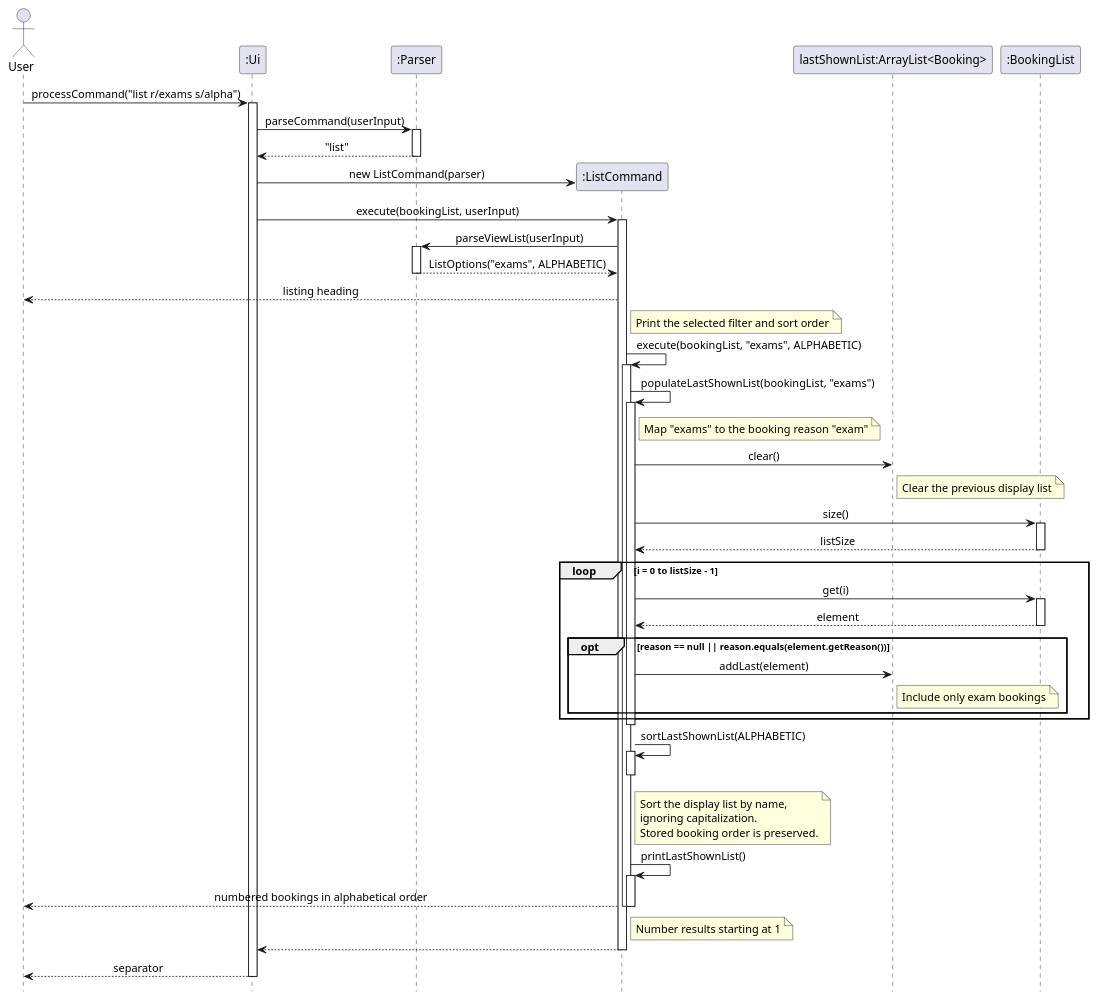
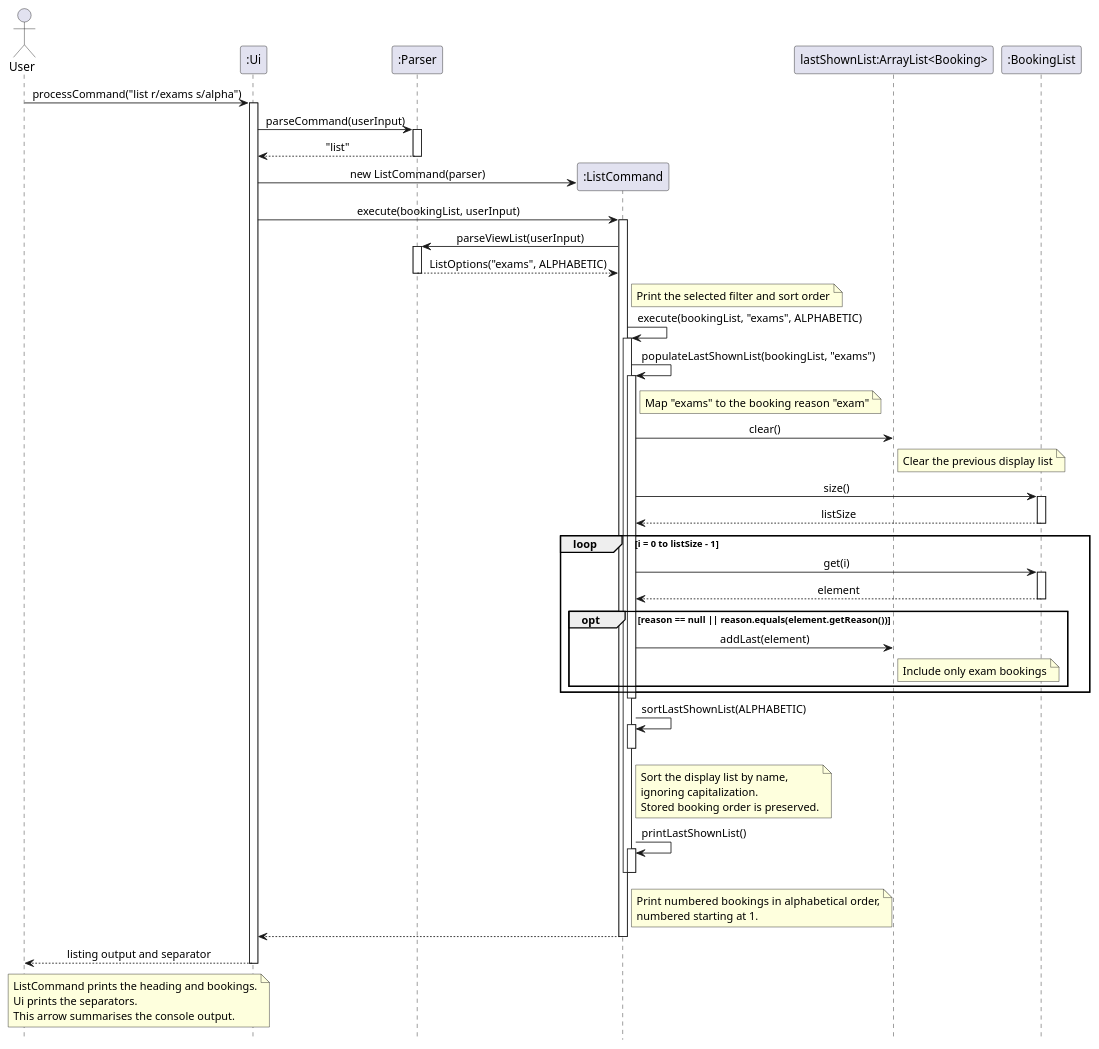
One commit to AY2627S1-CS2113-W14-2/tp changed the diagram in docs/UMLDiagrams/ListCommandSequenceDiagram.puml. Above: the diagram before and after it, drawn with PlantUML. The commit also changed 8 other files, not shown here.

Commit message:
Updated DG diagrams for free and list commands, updated PPP

```diff
--- a/docs/UMLDiagrams/ListCommandSequenceDiagram.puml
+++ b/docs/UMLDiagrams/ListCommandSequenceDiagram.puml
@@ -1,91 +1,97 @@
 @startuml
 skinparam sequenceMessageAlign center
 hide footbox
 
 actor User
 participant ":Ui" as UI
 participant ":Parser" as Parser
 
 User -> UI: processCommand("list r/exams s/alpha")
 activate UI
 
 UI -> Parser: parseCommand(userInput)
 activate Parser
 Parser --> UI: "list"
 deactivate Parser
 
 create participant ":ListCommand" as List
 UI -> List: new ListCommand(parser)
 
 participant "lastShownList:ArrayList<Booking>" as Shown
 participant ":BookingList" as Bookings
 
 UI -> List: execute(bookingList, userInput)
 activate List
 
 List -> Parser: parseViewList(userInput)
 activate Parser
 Parser --> List: ListOptions("exams", ALPHABETIC)
 deactivate Parser
 
-List --> User: listing heading
 note right of List: Print the selected filter and sort order
 
 List -> List: execute(bookingList, "exams", ALPHABETIC)
 activate List
 
 List -> List: populateLastShownList(bookingList, "exams")
 activate List
 
 note right of List : Map "exams" to the booking reason "exam"
 
 List -> Shown: clear()
 note right of Shown: Clear the previous display list
 
 List -> Bookings: size()
 activate Bookings
 Bookings --> List: listSize
 deactivate Bookings
 
 loop i = 0 to listSize - 1
     List -> Bookings: get(i)
     activate Bookings
     Bookings --> List: element
     deactivate Bookings
 
     opt reason == null || reason.equals(element.getReason())
         List -> Shown: addLast(element)
         note right of Shown: Include only exam bookings
     end
 end
 
 deactivate List
 
 List -> List: sortLastShownList(ALPHABETIC)
 activate List
 
 note right of List
 Sort the display list by name,
 ignoring capitalization.
 Stored booking order is preserved.
 end note
 
 deactivate List
 
 List -> List: printLastShownList()
 activate List
 
-List --> User: numbered bookings in alphabetical order
-note right of List: Number results starting at 1
+note right of List
+Print numbered bookings in alphabetical order,
+numbered starting at 1.
+end note
 
 deactivate List
-
 deactivate List
 
 List --> UI
 deactivate List
 
-UI --> User: separator
+UI --> User: listing output and separator
+
+note over User, UI
+ListCommand prints the heading and bookings.
+Ui prints the separators.
+This arrow summarises the console output.
+end note
+
 deactivate UI
-
 @enduml
```
